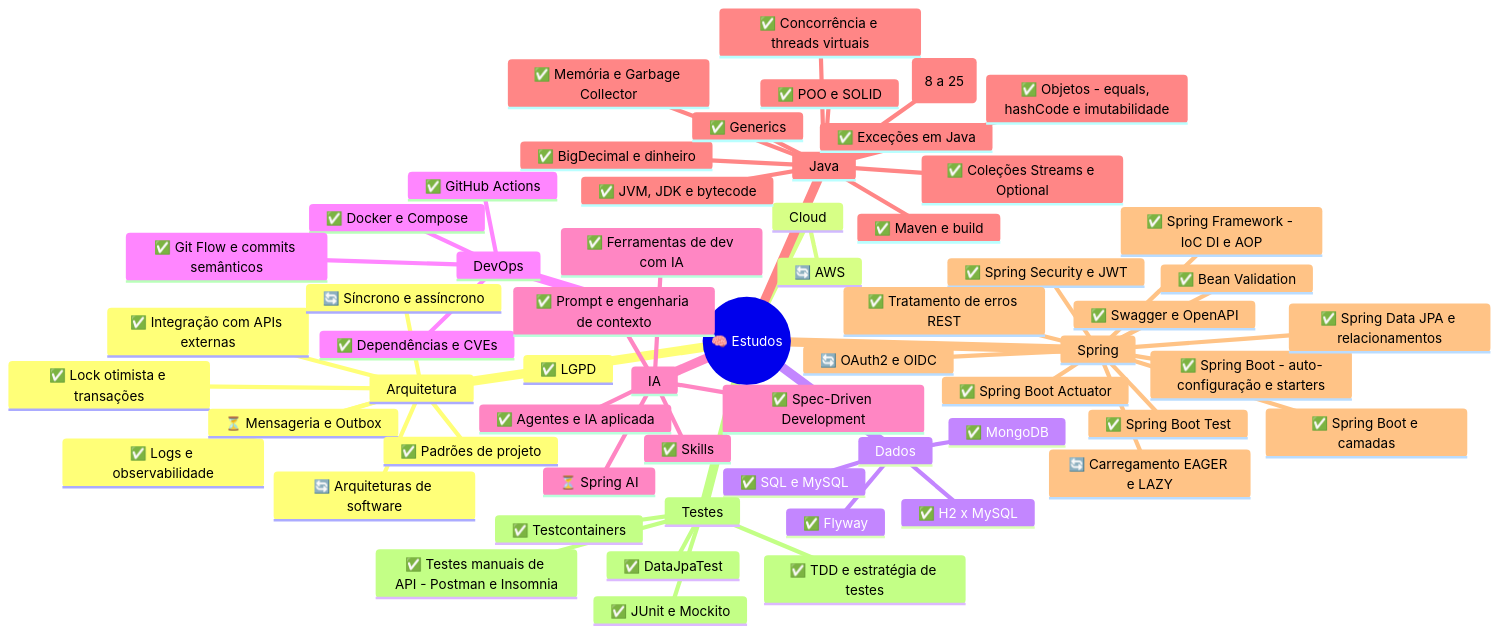
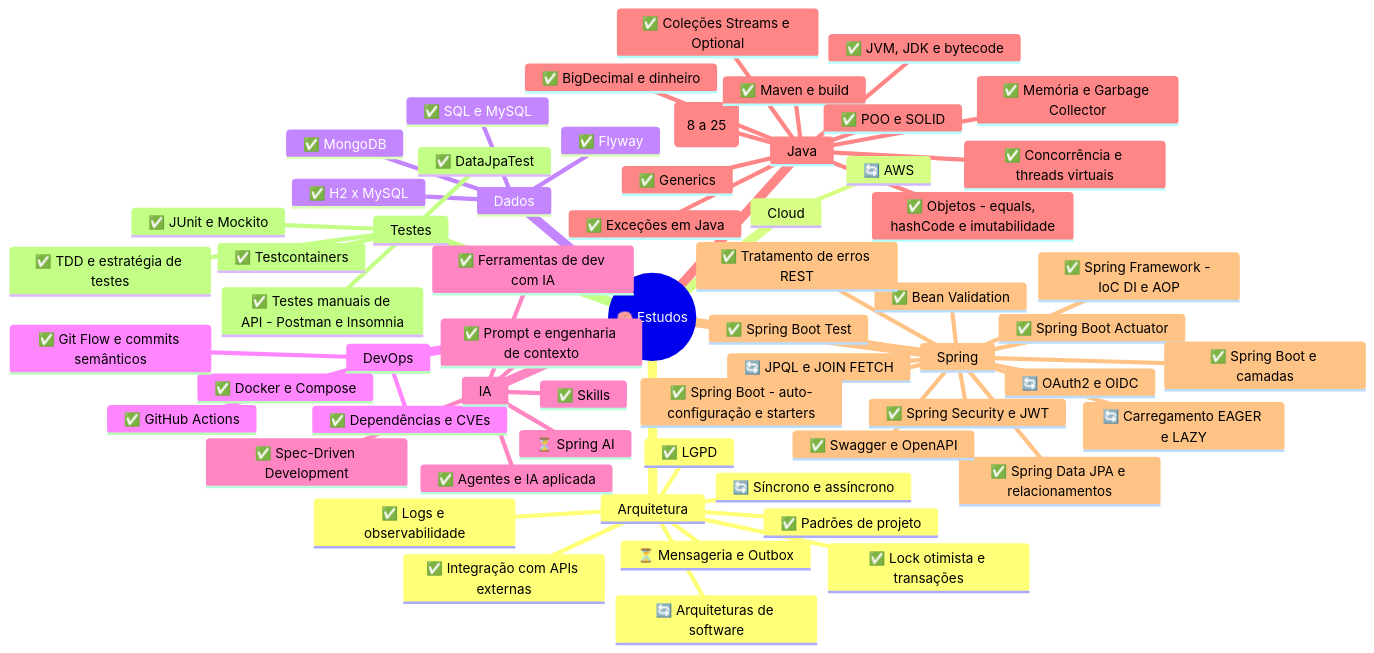
One commit to k3vinrich4rd/k3vinrich4rd changed diagram 16 of 22 in README.md. Above: the diagram before and after it, drawn with Mermaid. The commit also changed other lines of this file and 7 other files, not shown here.

````diff
--- a/README.md
+++ b/README.md
@@ -1799,63 +1799,64 @@
 ```mermaid
 mindmap
   root((🧠 Estudos))
     Arquitetura
       🔄 Arquiteturas de software
       ✅ Integração com APIs externas
       ✅ LGPD
       ✅ Lock otimista e transações
       ✅ Logs e observabilidade
       ⏳ Mensageria e Outbox
       ✅ Padrões de projeto
       🔄 Síncrono e assíncrono
     Cloud
       🔄 AWS
     Dados
       ✅ Flyway
       ✅ H2 x MySQL
       ✅ MongoDB
       ✅ SQL e MySQL
     DevOps
       ✅ Dependências e CVEs
       ✅ Docker e Compose
       ✅ Git Flow e commits semânticos
       ✅ GitHub Actions
     IA
       ✅ Agentes e IA aplicada
       ✅ Ferramentas de dev com IA
       ✅ Prompt e engenharia de contexto
       ✅ Skills
       ✅ Spec-Driven Development
       ⏳ Spring AI
     Java
       ✅ BigDecimal e dinheiro
       ✅ Coleções Streams e Optional
       ✅ Concorrência e threads virtuais
       ✅ Exceções em Java
       ✅ Generics
       ✅ JVM, JDK e bytecode
       ✅ Java moderno (8 a 25)
       ✅ Maven e build
       ✅ Memória e Garbage Collector
       ✅ Objetos - equals, hashCode e imutabilidade
       ✅ POO e SOLID
     Spring
       ✅ Bean Validation
       🔄 Carregamento EAGER e LAZY
+      🔄 JPQL e JOIN FETCH
       🔄 OAuth2 e OIDC
       ✅ Spring Boot - auto-configuração e starters
       ✅ Spring Boot Actuator
       ✅ Spring Boot Test
       ✅ Spring Boot e camadas
       ✅ Spring Data JPA e relacionamentos
       ✅ Spring Framework - IoC DI e AOP
       ✅ Spring Security e JWT
       ✅ Swagger e OpenAPI
       ✅ Tratamento de erros REST
     Testes
       ✅ DataJpaTest
       ✅ JUnit e Mockito
       ✅ TDD e estratégia de testes
       ✅ Testcontainers
       ✅ Testes manuais de API - Postman e Insomnia
 ```
````
